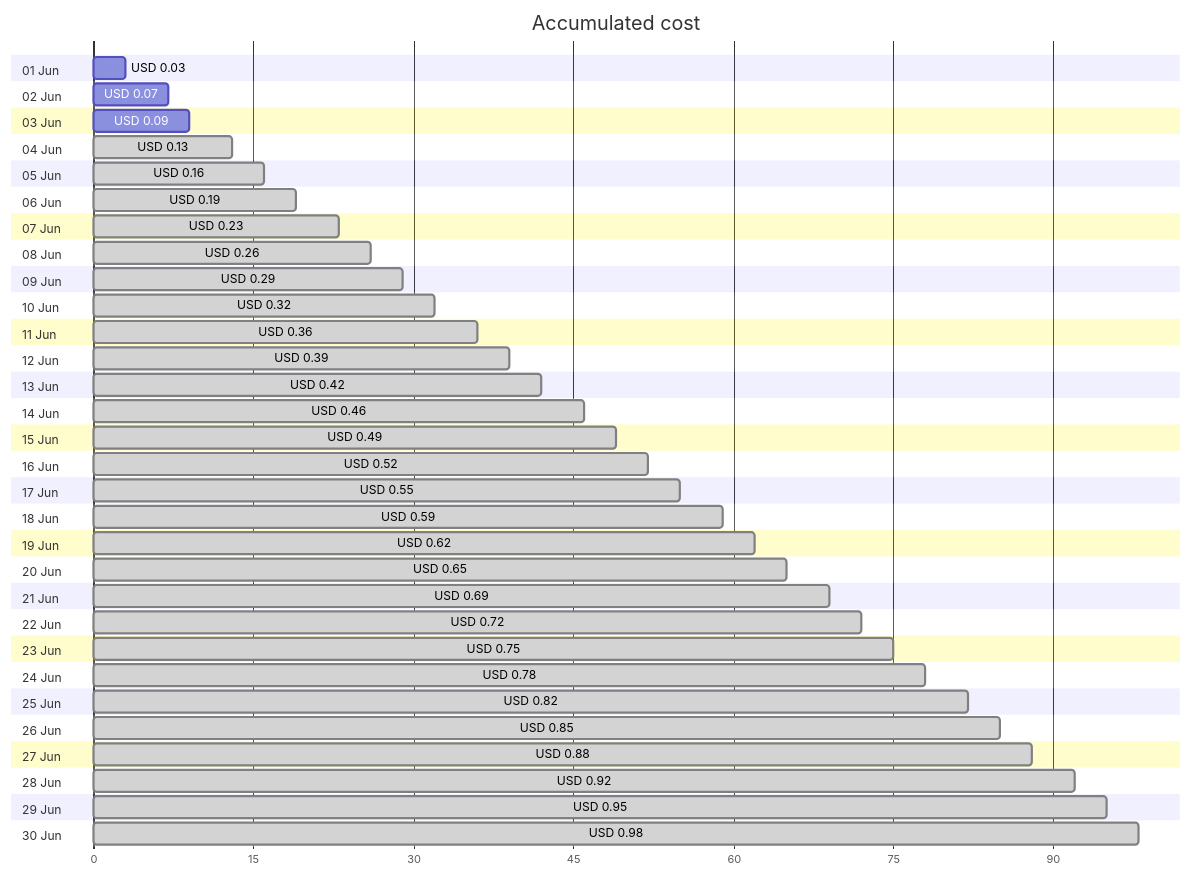
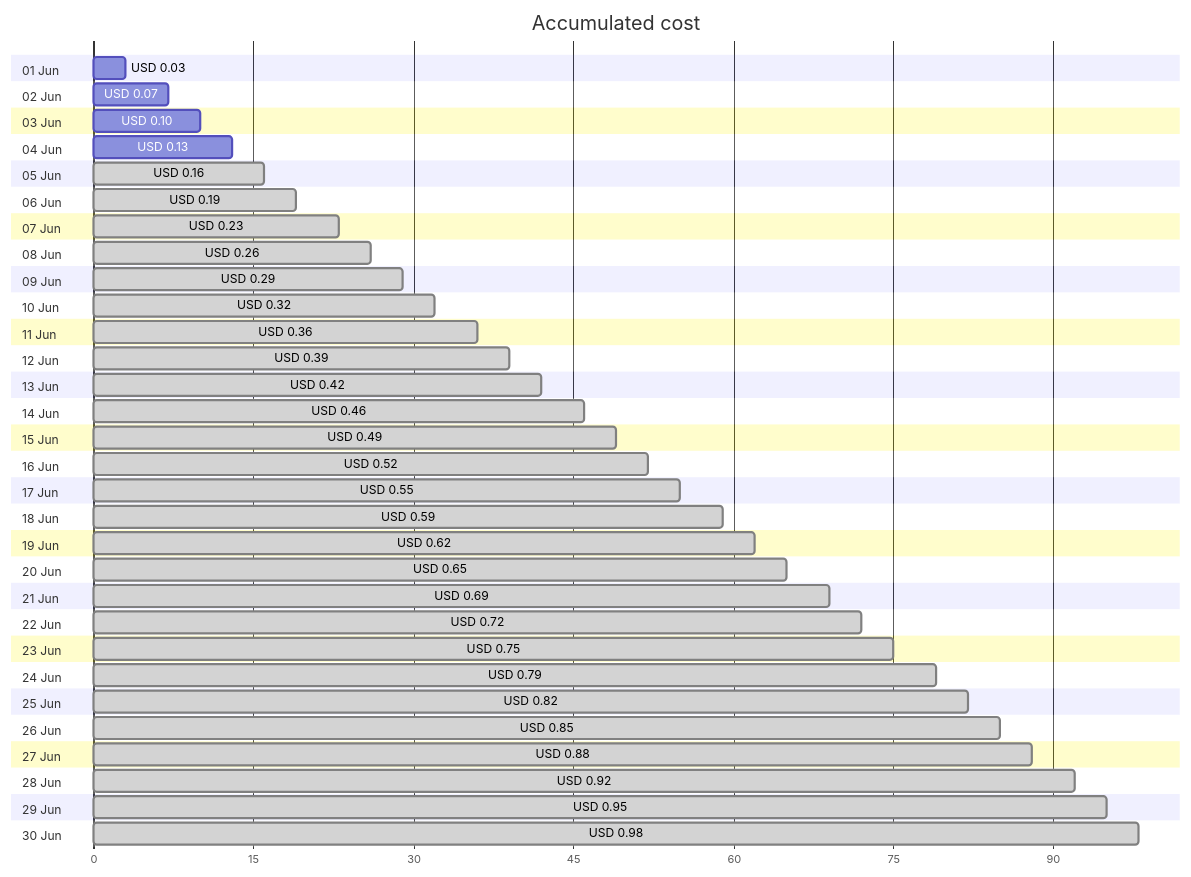
One commit to jpfulton/azure-personal-reports changed the first of 4 diagrams in cost-reports/personal-dns/README.md. Above: the diagram before and after it, drawn with Mermaid. The commit also changed other lines of this file and 2 other files, not shown here.

````diff
--- a/cost-reports/personal-dns/README.md
+++ b/cost-reports/personal-dns/README.md
@@ -20,66 +20,66 @@
 ```mermaid
 gantt
    title Accumulated cost
    dateFormat  X
    axisFormat %s
    section 01 Jun
    USD 0.03 :0, 3
    section 02 Jun
    USD 0.07 :0, 7
    section 03 Jun
-   USD 0.09 :0, 9
+   USD 0.10 :0, 10
    section 04 Jun
-   USD 0.13 : done, 0, 13
+   USD 0.13 :0, 13
    section 05 Jun
    USD 0.16 : done, 0, 16
    section 06 Jun
    USD 0.19 : done, 0, 19
    section 07 Jun
    USD 0.23 : done, 0, 23
    section 08 Jun
    USD 0.26 : done, 0, 26
    section 09 Jun
    USD 0.29 : done, 0, 29
    section 10 Jun
    USD 0.32 : done, 0, 32
    section 11 Jun
    USD 0.36 : done, 0, 36
    section 12 Jun
    USD 0.39 : done, 0, 39
    section 13 Jun
    USD 0.42 : done, 0, 42
    section 14 Jun
    USD 0.46 : done, 0, 46
    section 15 Jun
    USD 0.49 : done, 0, 49
    section 16 Jun
    USD 0.52 : done, 0, 52
    section 17 Jun
    USD 0.55 : done, 0, 55
    section 18 Jun
    USD 0.59 : done, 0, 59
    section 19 Jun
    USD 0.62 : done, 0, 62
    section 20 Jun
    USD 0.65 : done, 0, 65
    section 21 Jun
    USD 0.69 : done, 0, 69
    section 22 Jun
    USD 0.72 : done, 0, 72
    section 23 Jun
    USD 0.75 : done, 0, 75
    section 24 Jun
-   USD 0.78 : done, 0, 78
+   USD 0.79 : done, 0, 79
    section 25 Jun
    USD 0.82 : done, 0, 82
    section 26 Jun
    USD 0.85 : done, 0, 85
    section 27 Jun
    USD 0.88 : done, 0, 88
    section 28 Jun
    USD 0.92 : done, 0, 92
    section 29 Jun
    USD 0.95 : done, 0, 95
    section 30 Jun
    USD 0.98 : done, 0, 98
 ```
````
